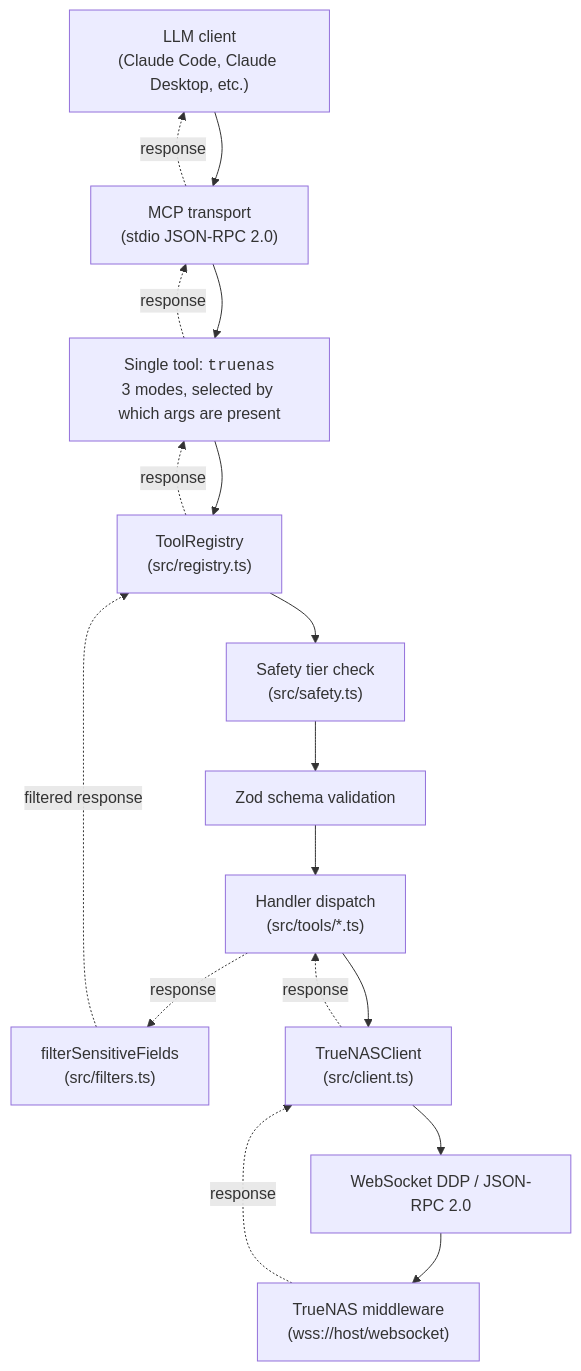
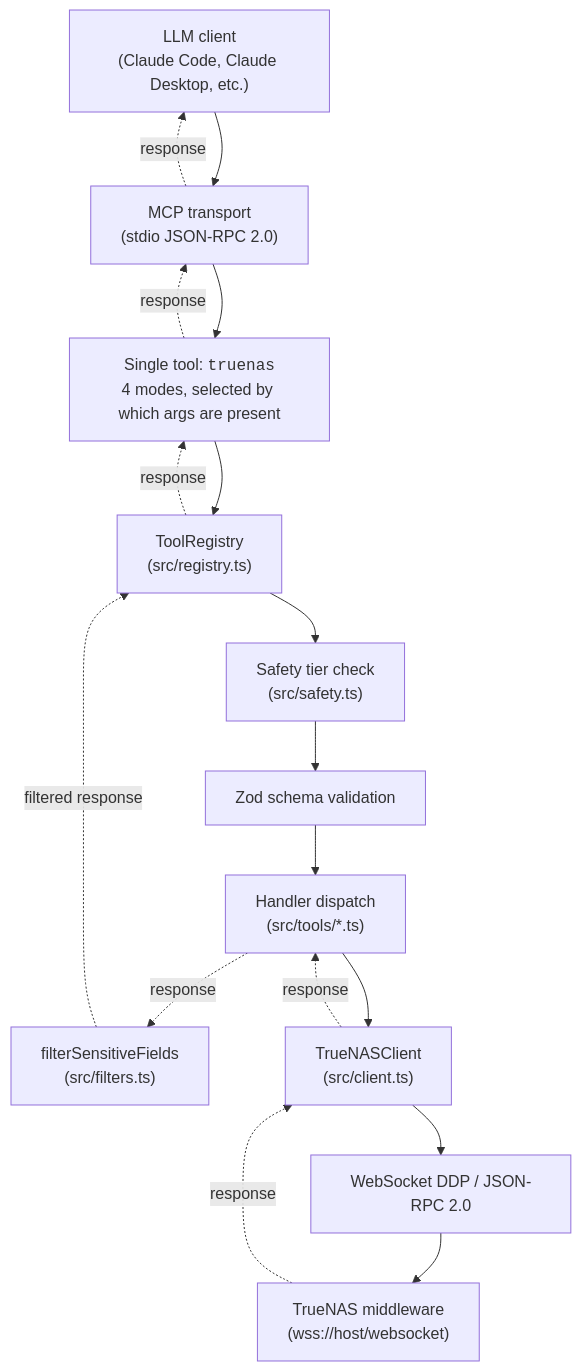
One commit to staticrevolution-com/sr-truenas-mcp changed the first of 5 diagrams in docs/ARCHITECTURE.md. Above: the diagram before and after it, drawn with Mermaid. The commit also changed other lines of this file and 9 other files, not shown here.

````diff
--- a/docs/ARCHITECTURE.md
+++ b/docs/ARCHITECTURE.md
@@ -24,28 +24,28 @@
 ```mermaid
 flowchart TD
     LLM["LLM client<br/>(Claude Code, Claude Desktop, etc.)"]
     MCP["MCP transport<br/>(stdio JSON-RPC 2.0)"]
-    Tool["Single tool: <code>truenas</code><br/>3 modes, selected by which args are present"]
+    Tool["Single tool: <code>truenas</code><br/>4 modes, selected by which args are present"]
     Reg["ToolRegistry<br/>(src/registry.ts)"]
     Safety["Safety tier check<br/>(src/safety.ts)"]
     Schema["Zod schema validation"]
     Handler["Handler dispatch<br/>(src/tools/*.ts)"]
     Filter["filterSensitiveFields<br/>(src/filters.ts)"]
     Client["TrueNASClient<br/>(src/client.ts)"]
     WS["WebSocket DDP / JSON-RPC 2.0"]
     TN["TrueNAS middleware<br/>(wss://host/websocket)"]
 
     LLM --> MCP --> Tool --> Reg
     Reg --> Safety
     Safety --> Schema
     Schema --> Handler
     Handler --> Client
     Client --> WS --> TN
     TN -. response .-> Client
     Client -. response .-> Handler
     Handler -. response .-> Filter
     Filter -. filtered response .-> Reg
     Reg -. response .-> Tool
     Tool -. response .-> MCP
     MCP -. response .-> LLM
 ```
````
